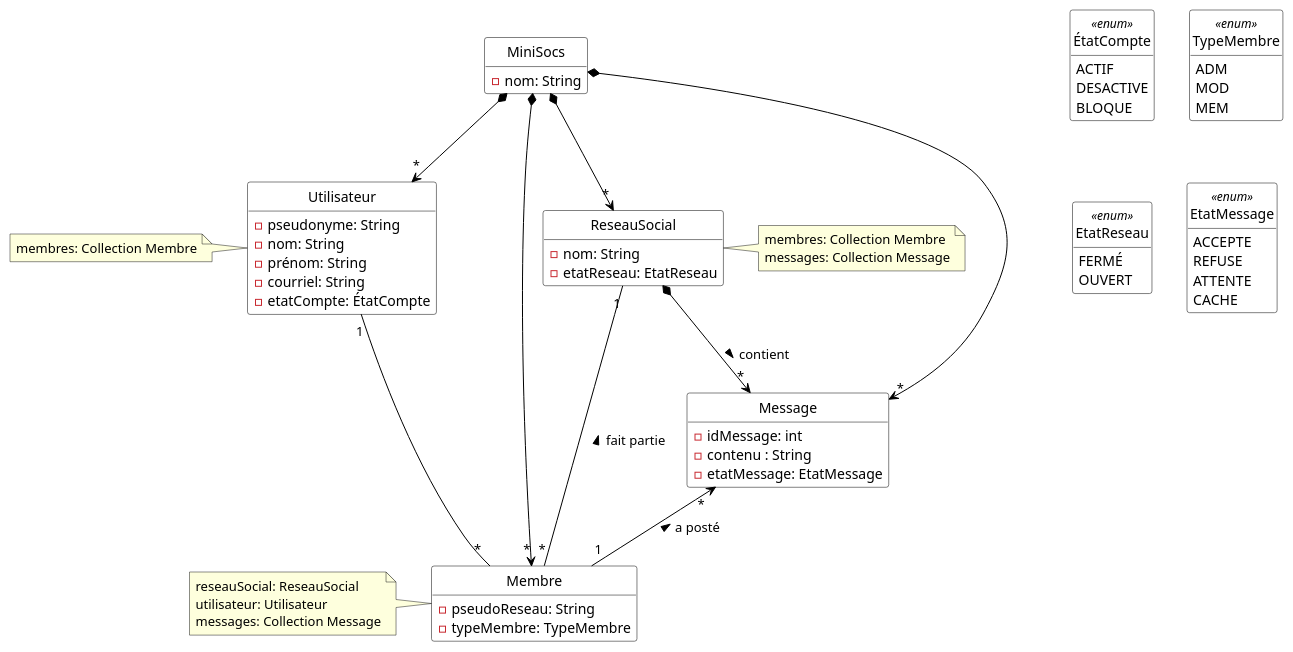
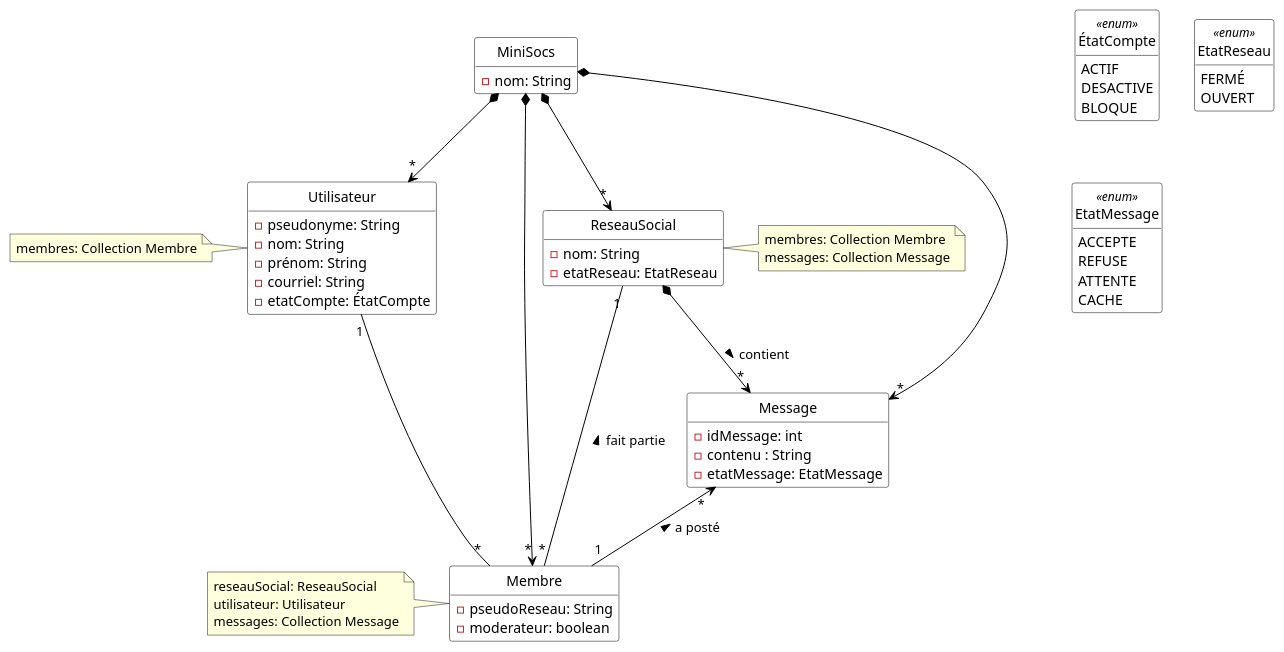
Before and after one commit to ThELud0/Minisocs: the diagram in Diagrammes/minisocs_uml_diag_classes_sans_notif.pu, drawn with PlantUML. The commit also changed 7 other files, not shown here.

Commit message:
readme diagramme de classe (retiré enum typemembre) et adaptation diagramme sequence creerReseauSocial

```diff
--- a/Diagrammes/minisocs_uml_diag_classes_sans_notif.pu
+++ b/Diagrammes/minisocs_uml_diag_classes_sans_notif.pu
@@ -1,80 +1,76 @@
 @startuml
 
 'Diagramme de classes (PlantUML)'
 
 'Configuration charte graphique'
 hide empty methods
 hide circle
 skinparam class {
   BackgroundColor White
   ArrowColor Black
   BorderColor Black
 }
 
 'Classes, énumérations, etc.'
 
 class MiniSocs {
   - nom: String
 }
 class Utilisateur {
   - pseudonyme: String
   - nom: String
   - prénom: String
   - courriel: String
   - etatCompte: ÉtatCompte
 }
 
 note left of Utilisateur: membres: Collection Membre
 
 enum ÉtatCompte <<enum>> {
   ACTIF
   DESACTIVE
   BLOQUE
 }
 class Membre {
   - pseudoReseau: String
-  - typeMembre: TypeMembre
+  - moderateur: boolean
 }
 
 note left of Membre: reseauSocial: ReseauSocial\nutilisateur: Utilisateur\nmessages: Collection Message
 
-enum TypeMembre <<enum>> {
-  ADM
-  MOD
-  MEM
-}
+
 class ReseauSocial {
   - nom: String
   - etatReseau: EtatReseau
 }
 
 note right of ReseauSocial: membres: Collection Membre\nmessages: Collection Message
 
 enum EtatReseau <<enum>> {
   FERMÉ
   OUVERT
 }
 class Message {
   - idMessage: int
   - contenu : String
   - etatMessage: EtatMessage
 }
 enum EtatMessage <<enum>> {
   ACCEPTE
   REFUSE
   ATTENTE
   CACHE
 }
 
 'Associations, etc.'
 MiniSocs *--> "*" Utilisateur
 MiniSocs *--> "*" Membre
 MiniSocs *--> "*" Message
 MiniSocs *--> "*" ReseauSocial
 Utilisateur "1" -- "*" Membre
 ReseauSocial "1" -- "*" Membre : < fait partie
 Message "*"<-- "1" Membre : < a posté
 ReseauSocial *--> "*" Message : > contient
 'Au besoin, aides pour le positionnement'
 
 @enduml
```
